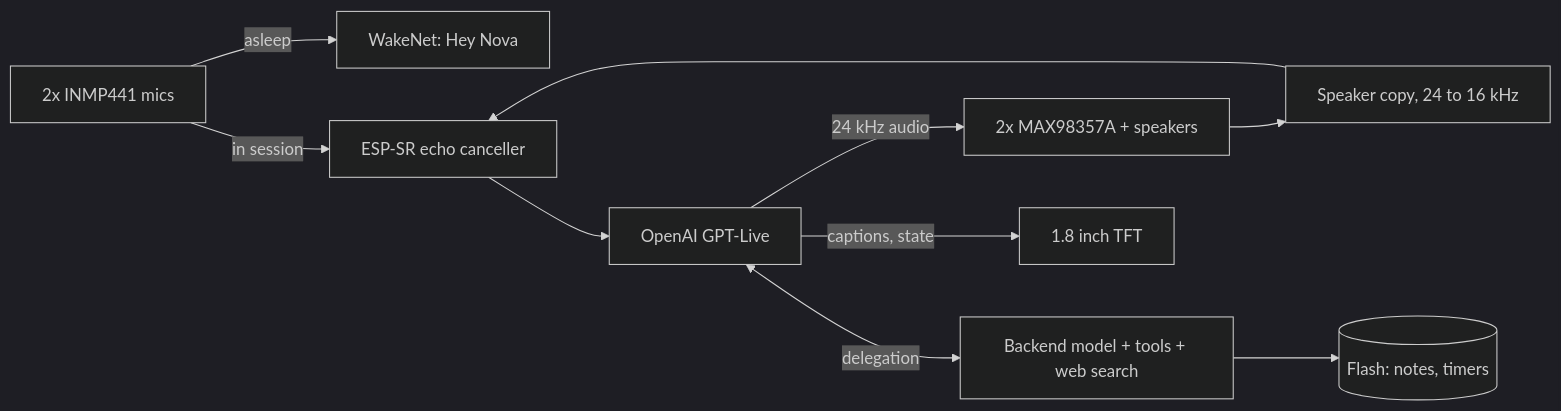
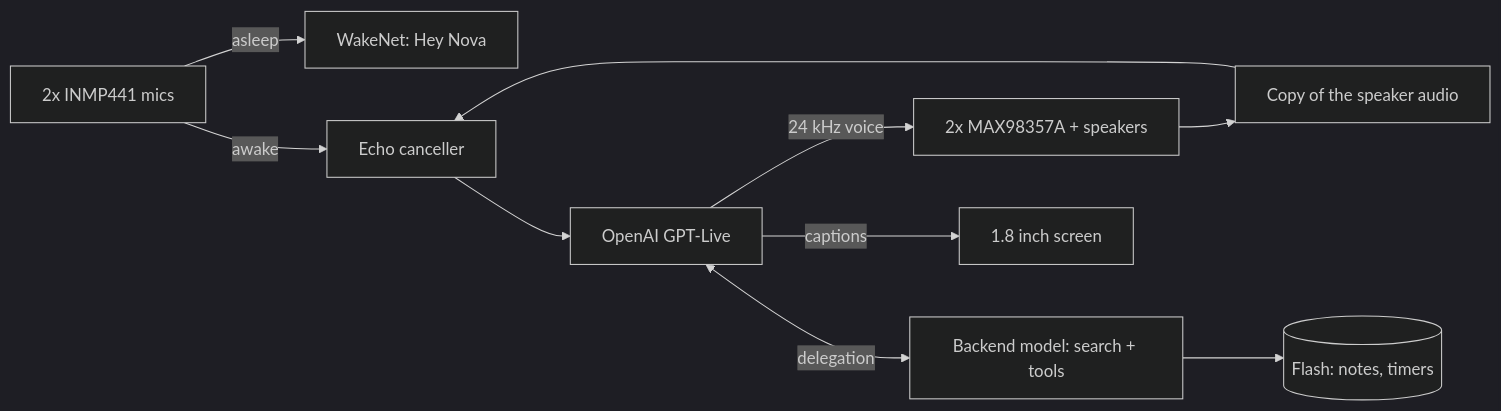
Before and after one commit to ntogou/nova-v2: the diagram in README.md, drawn with Mermaid (dark theme). The commit also changed other lines of this file and 1 other file, not shown here.

````diff
--- a/README.md
+++ b/README.md
@@ -31,12 +33,12 @@
 ```mermaid
 flowchart LR
     MIC["2x INMP441 mics"] -->|asleep| WAKE["WakeNet: Hey Nova"]
-    MIC -->|in session| AEC["ESP-SR echo canceller"]
-    REF["Speaker copy, 24 to 16 kHz"] --> AEC
+    MIC -->|awake| AEC["Echo canceller"]
+    REF["Copy of the speaker audio"] --> AEC
     AEC --> LIVE["OpenAI GPT-Live"]
-    LIVE -->|24 kHz audio| SPK["2x MAX98357A + speakers"]
+    LIVE -->|24 kHz voice| SPK["2x MAX98357A + speakers"]
     SPK --> REF
-    LIVE <-->|delegation| BACK["Backend model + tools + web search"]
+    LIVE <-->|delegation| BACK["Backend model: search + tools"]
     BACK --> MEM[("Flash: notes, timers")]
-    LIVE -->|captions, state| TFT["1.8 inch TFT"]
+    LIVE -->|captions| TFT["1.8 inch screen"]
 ```
````
